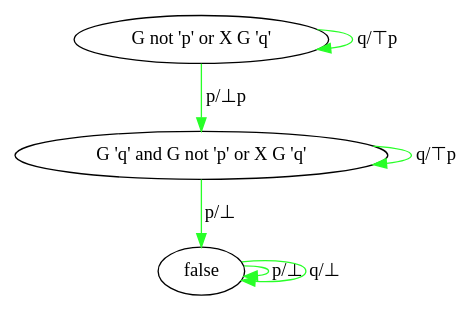
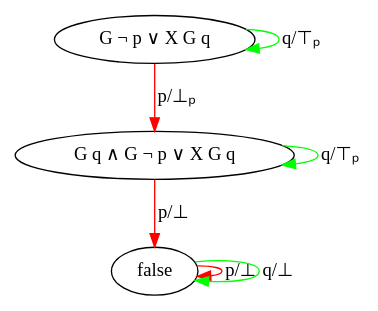
The diagram in files.dot (NotBad4U/monitor), drawn with Graphviz before and after one commit. The commit also changed 5 other files, not shown here.

```diff
--- a/files.dot
+++ b/files.dot
@@ -1,17 +1,17 @@
 digraph {
     false [color="#000000"];
-    "G 'q' and G not 'p' or X G 'q'" [color="#000000"];
-    "G not 'p' or X G 'q'" [color="#000000"];
+    "G q ∧ G ¬ p ∨ X G q" [color="#000000"];
+    "G ¬ p ∨ X G q" [color="#000000"];
     false -> false [label="p/⊥"
-                   ,color="#28ff28"];
+                   ,color="#ff0000"];
     false -> false [label="q/⊥"
-                   ,color="#28ff28"];
-    "G 'q' and G not 'p' or X G 'q'" -> false [label="p/⊥"
-                                              ,color="#28ff28"];
-    "G 'q' and G not 'p' or X G 'q'" -> "G 'q' and G not 'p' or X G 'q'" [label="q/⊤p"
-                                                                         ,color="#28ff28"];
-    "G not 'p' or X G 'q'" -> "G 'q' and G not 'p' or X G 'q'" [label="p/⊥p"
-                                                               ,color="#28ff28"];
-    "G not 'p' or X G 'q'" -> "G not 'p' or X G 'q'" [label="q/⊤p"
-                                                     ,color="#28ff28"];
+                   ,color="#00ff00"];
+    "G q ∧ G ¬ p ∨ X G q" -> false [label="p/⊥"
+                                   ,color="#ff0000"];
+    "G q ∧ G ¬ p ∨ X G q" -> "G q ∧ G ¬ p ∨ X G q" [label="q/⊤ₚ"
+                                                   ,color="#00ff00"];
+    "G ¬ p ∨ X G q" -> "G q ∧ G ¬ p ∨ X G q" [label="p/⊥ₚ"
+                                             ,color="#ff0000"];
+    "G ¬ p ∨ X G q" -> "G ¬ p ∨ X G q" [label="q/⊤ₚ"
+                                       ,color="#00ff00"];
 }
```
